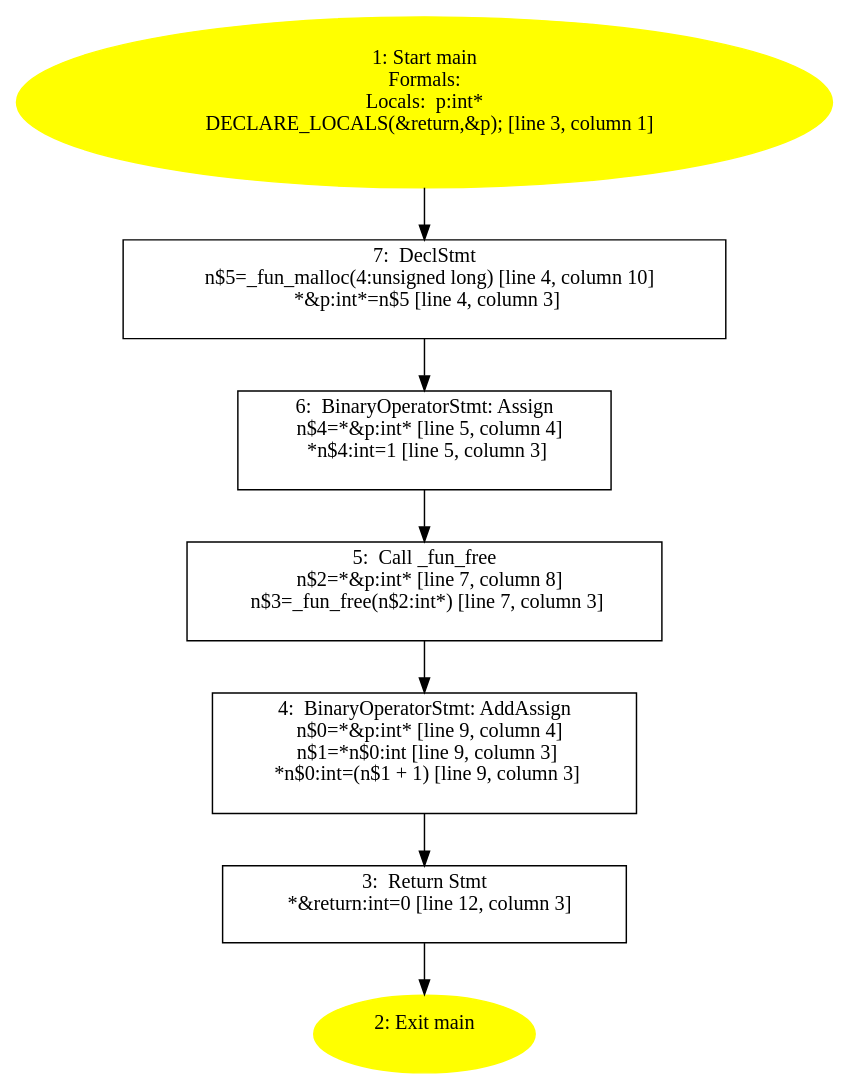
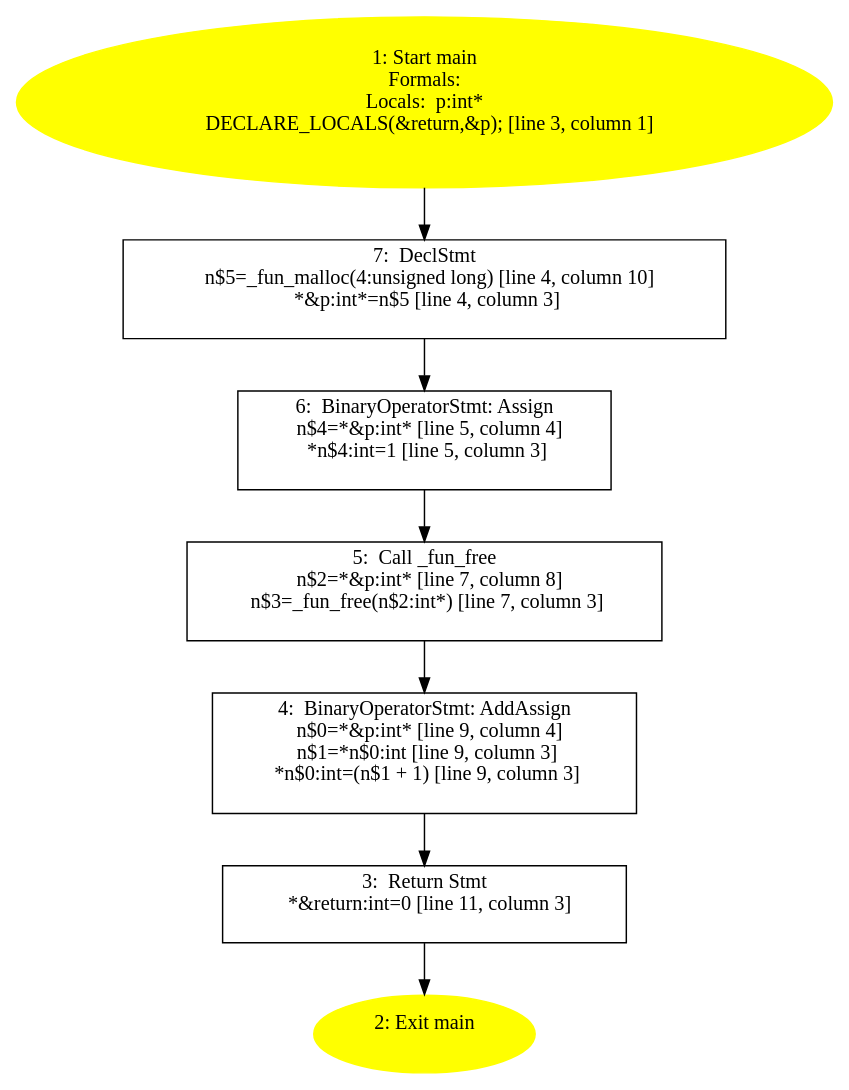
The diagram in example/UAF_MF/infer-out/captured/src.c.b9996786c0d0c7ca7785f2f6d38e80de/icfg.dot (QIANZECHANG/saver), drawn with Graphviz before and after one commit. The commit also changed 293 other files, not shown here.

```diff
--- a/example/UAF_MF/infer-out/captured/src.c.b9996786c0d0c7ca7785f2f6d38e80de/icfg.dot
+++ b/example/UAF_MF/infer-out/captured/src.c.b9996786c0d0c7ca7785f2f6d38e80de/icfg.dot
@@ -1,30 +1,30 @@
 /* @generated */
 digraph cfg {
 "main.fad58de7366495db4650cfefac2fcd61_1" [label="1: Start main\nFormals: \nLocals:  p:int* \n   DECLARE_LOCALS(&return,&p); [line 3, column 1]\n " color=yellow style=filled]
 	
 
 	 "main.fad58de7366495db4650cfefac2fcd61_1" -> "main.fad58de7366495db4650cfefac2fcd61_7" ;
 "main.fad58de7366495db4650cfefac2fcd61_2" [label="2: Exit main \n  " color=yellow style=filled]
 	
 
-"main.fad58de7366495db4650cfefac2fcd61_3" [label="3:  Return Stmt \n   *&return:int=0 [line 12, column 3]\n " shape="box"]
+"main.fad58de7366495db4650cfefac2fcd61_3" [label="3:  Return Stmt \n   *&return:int=0 [line 11, column 3]\n " shape="box"]
 	
 
 	 "main.fad58de7366495db4650cfefac2fcd61_3" -> "main.fad58de7366495db4650cfefac2fcd61_2" ;
 "main.fad58de7366495db4650cfefac2fcd61_4" [label="4:  BinaryOperatorStmt: AddAssign \n   n$0=*&p:int* [line 9, column 4]\n  n$1=*n$0:int [line 9, column 3]\n  *n$0:int=(n$1 + 1) [line 9, column 3]\n " shape="box"]
 	
 
 	 "main.fad58de7366495db4650cfefac2fcd61_4" -> "main.fad58de7366495db4650cfefac2fcd61_3" ;
 "main.fad58de7366495db4650cfefac2fcd61_5" [label="5:  Call _fun_free \n   n$2=*&p:int* [line 7, column 8]\n  n$3=_fun_free(n$2:int*) [line 7, column 3]\n " shape="box"]
 	
 
 	 "main.fad58de7366495db4650cfefac2fcd61_5" -> "main.fad58de7366495db4650cfefac2fcd61_4" ;
 "main.fad58de7366495db4650cfefac2fcd61_6" [label="6:  BinaryOperatorStmt: Assign \n   n$4=*&p:int* [line 5, column 4]\n  *n$4:int=1 [line 5, column 3]\n " shape="box"]
 	
 
 	 "main.fad58de7366495db4650cfefac2fcd61_6" -> "main.fad58de7366495db4650cfefac2fcd61_5" ;
 "main.fad58de7366495db4650cfefac2fcd61_7" [label="7:  DeclStmt \n   n$5=_fun_malloc(4:unsigned long) [line 4, column 10]\n  *&p:int*=n$5 [line 4, column 3]\n " shape="box"]
 	
 
 	 "main.fad58de7366495db4650cfefac2fcd61_7" -> "main.fad58de7366495db4650cfefac2fcd61_6" ;
 }
```
